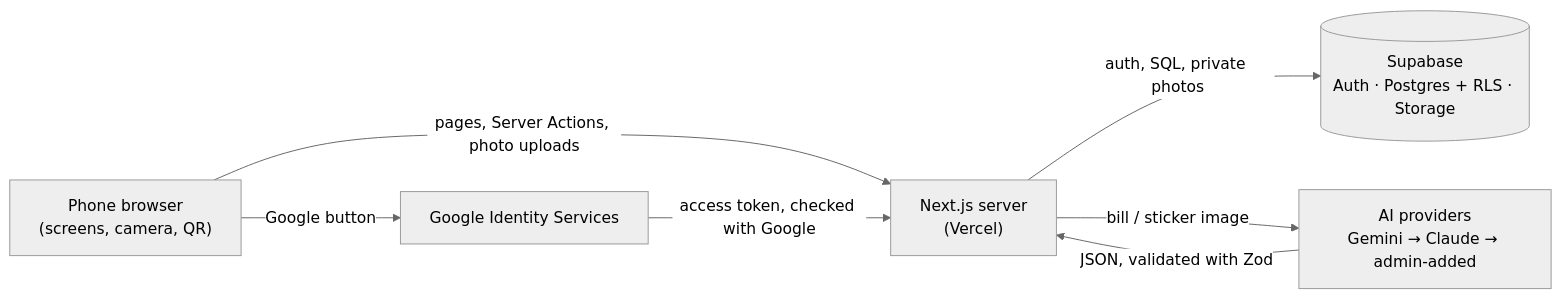
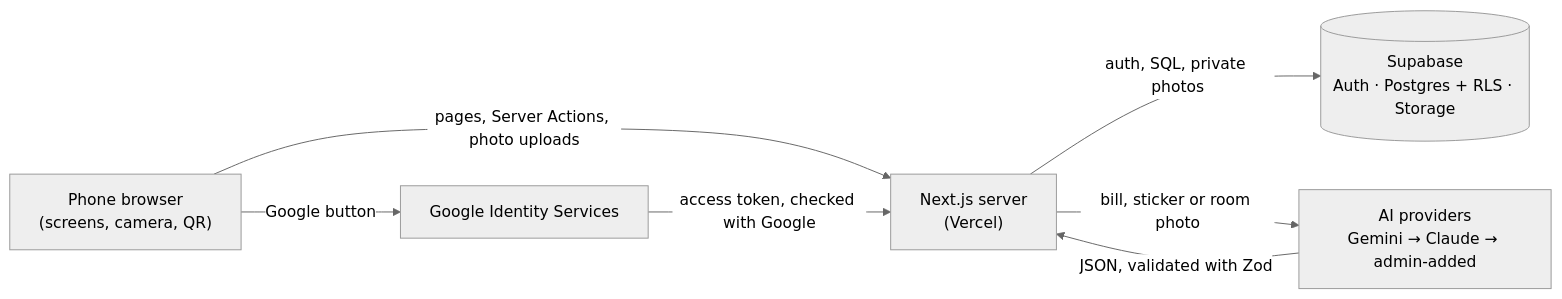
One commit to sandoval02/kabuteam changed the second of 2 diagrams in README.md. Above: the diagram before and after it, drawn with Mermaid (neutral theme). The commit also changed other lines of this file and 8 other files, not shown here.

````diff
--- a/README.md
+++ b/README.md
@@ -128,9 +134,9 @@
 ```mermaid
 flowchart LR
   P["Phone browser<br/>(screens, camera, QR)"] -->|"pages, Server Actions, photo uploads"| N["Next.js server<br/>(Vercel)"]
   N -->|"auth, SQL, private photos"| S[("Supabase<br/>Auth · Postgres + RLS · Storage")]
-  N -->|"bill / sticker image"| AI["AI providers<br/>Gemini → Claude → admin-added"]
+  N -->|"bill, sticker or room photo"| AI["AI providers<br/>Gemini → Claude → admin-added"]
   AI -->|"JSON, validated with Zod"| N
   P -->|"Google button"| G["Google Identity Services"]
   G -->|"access token, checked with Google"| N
 ```
````
